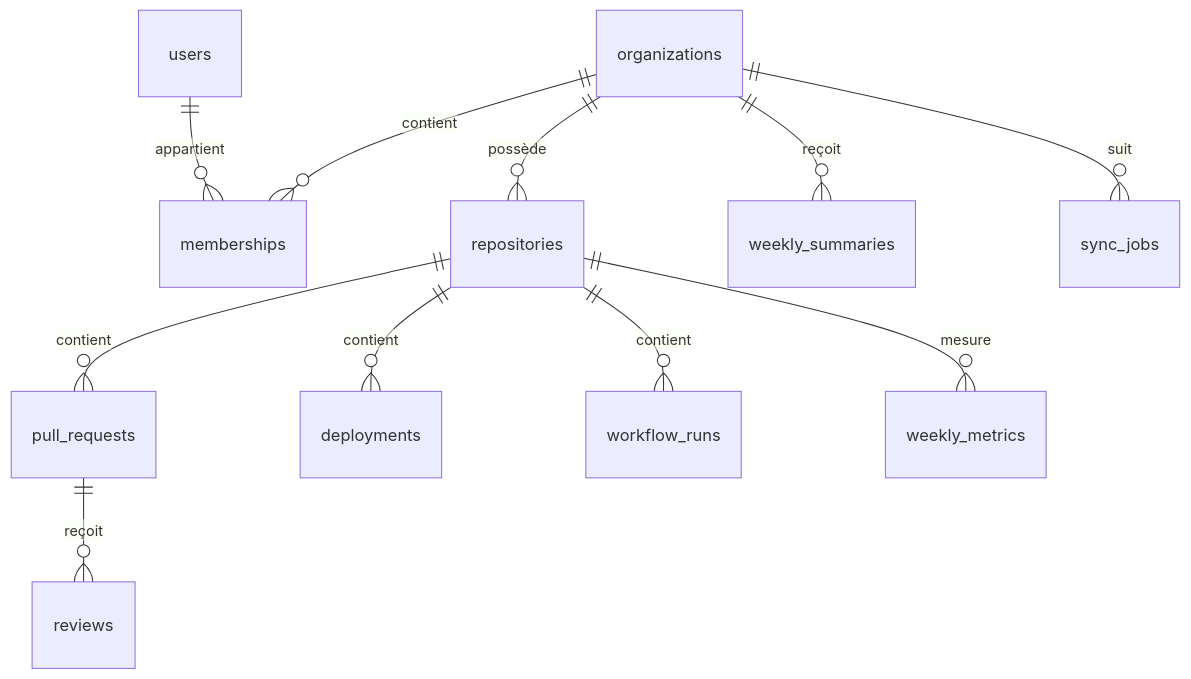
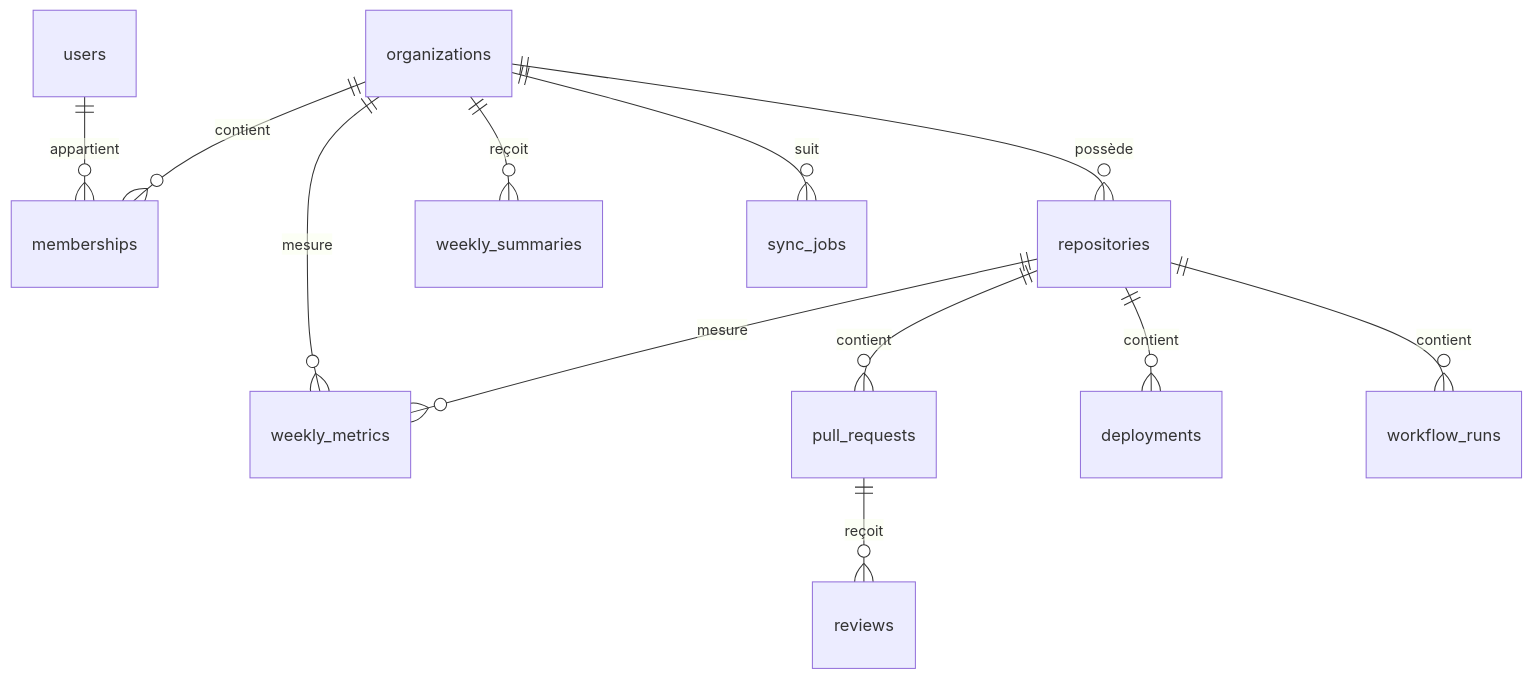
One commit to kuami-labs/xcadence changed the diagram in docs/05-DATABASE.md. Above: the diagram before and after it, drawn with Mermaid. The commit also changed other lines of this file and 11 other files, not shown here.

````diff
--- a/docs/05-DATABASE.md
+++ b/docs/05-DATABASE.md
@@ -22,13 +22,14 @@
 ```mermaid
 erDiagram
     users ||--o{ memberships : "appartient"
     organizations ||--o{ memberships : "contient"
     organizations ||--o{ repositories : "possède"
     organizations ||--o{ weekly_summaries : "reçoit"
     organizations ||--o{ sync_jobs : "suit"
+    organizations ||--o{ weekly_metrics : "mesure"
     repositories ||--o{ pull_requests : "contient"
     repositories ||--o{ deployments : "contient"
     repositories ||--o{ workflow_runs : "contient"
     repositories ||--o{ weekly_metrics : "mesure"
     pull_requests ||--o{ reviews : "reçoit"
 ```
````
